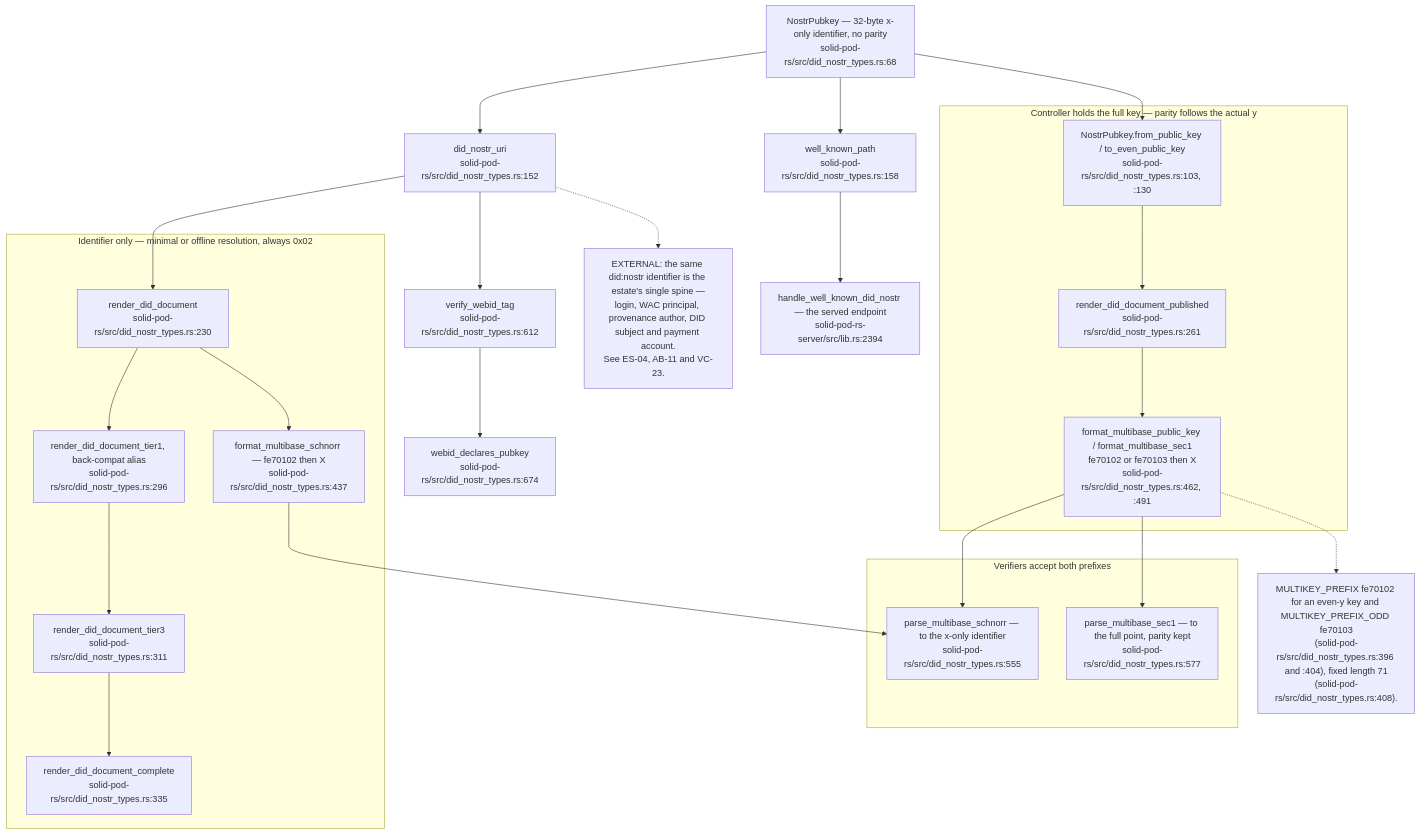
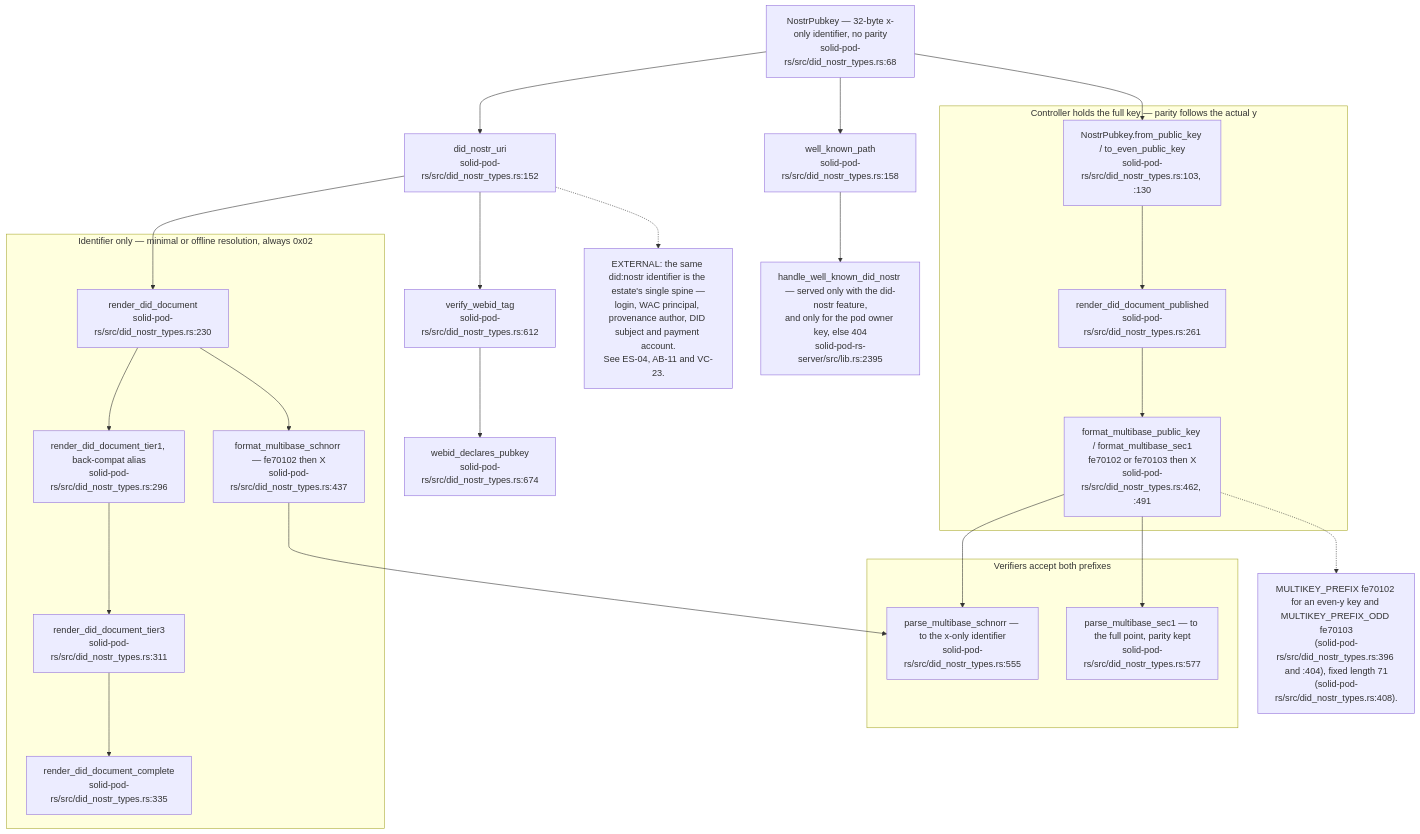
The ninth of 18 diagrams in docs/diagrams/solid-pod-rs/05-identity-nip98-did-oidc.md (DreamLab-AI/VisionFlow), drawn with Mermaid before and after one commit. The commit also changed other lines of this file and 47 other files, not shown here.

````diff
--- a/docs/diagrams/solid-pod-rs/05-identity-nip98-did-oidc.md
+++ b/docs/diagrams/solid-pod-rs/05-identity-nip98-did-oidc.md
@@ -257,42 +261,42 @@
 ```mermaid
 flowchart TD
     PK["NostrPubkey — 32-byte x-only identifier, no parity<br/>solid-pod-rs/src/did_nostr_types.rs:68"]
     URI["did_nostr_uri<br/>solid-pod-rs/src/did_nostr_types.rs:152"]
     WKP["well_known_path<br/>solid-pod-rs/src/did_nostr_types.rs:158"]
-    RT["handle_well_known_did_nostr — the served endpoint<br/>solid-pod-rs-server/src/lib.rs:2394"]
+    RT["handle_well_known_did_nostr — served only with the did-nostr feature,<br/>and only for the pod owner key, else 404<br/>solid-pod-rs-server/src/lib.rs:2395"]
     VT["verify_webid_tag<br/>solid-pod-rs/src/did_nostr_types.rs:612"]
     WD["webid_declares_pubkey<br/>solid-pod-rs/src/did_nostr_types.rs:674"]
 
     subgraph IDONLY["Identifier only — minimal or offline resolution, always 0x02"]
         RD["render_did_document<br/>solid-pod-rs/src/did_nostr_types.rs:230"]
         T1["render_did_document_tier1, back-compat alias<br/>solid-pod-rs/src/did_nostr_types.rs:296"]
         T3["render_did_document_tier3<br/>solid-pod-rs/src/did_nostr_types.rs:311"]
         TC["render_did_document_complete<br/>solid-pod-rs/src/did_nostr_types.rs:335"]
         MB["format_multibase_schnorr — fe70102 then X<br/>solid-pod-rs/src/did_nostr_types.rs:437"]
     end
 
     subgraph FULL["Controller holds the full key — parity follows the actual y"]
         FPK["NostrPubkey.from_public_key / to_even_public_key<br/>solid-pod-rs/src/did_nostr_types.rs:103, :130"]
         RDP["render_did_document_published<br/>solid-pod-rs/src/did_nostr_types.rs:261"]
         MBF["format_multibase_public_key / format_multibase_sec1<br/>fe70102 or fe70103 then X<br/>solid-pod-rs/src/did_nostr_types.rs:462, :491"]
     end
 
     subgraph DECODE["Verifiers accept both prefixes"]
         PS["parse_multibase_schnorr — to the x-only identifier<br/>solid-pod-rs/src/did_nostr_types.rs:555"]
         PSEC["parse_multibase_sec1 — to the full point, parity kept<br/>solid-pod-rs/src/did_nostr_types.rs:577"]
     end
 
     PK --> URI --> RD --> T1 --> T3 --> TC
     RD --> MB
     PK --> WKP --> RT
     URI --> VT --> WD
     PK --> FPK --> RDP --> MBF
     MB --> PS
     MBF --> PS
     MBF --> PSEC
 
     N["MULTIKEY_PREFIX fe70102 for an even-y key and MULTIKEY_PREFIX_ODD fe70103<br/>(solid-pod-rs/src/did_nostr_types.rs:396 and :404), fixed length 71<br/>(solid-pod-rs/src/did_nostr_types.rs:408)."]
     MBF -.-> N
     N2["EXTERNAL: the same did:nostr identifier is the estate's single spine —<br/>login, WAC principal, provenance author, DID subject and payment account.<br/>See ES-04, AB-11 and VC-23."]
     URI -.-> N2
 ```
````
